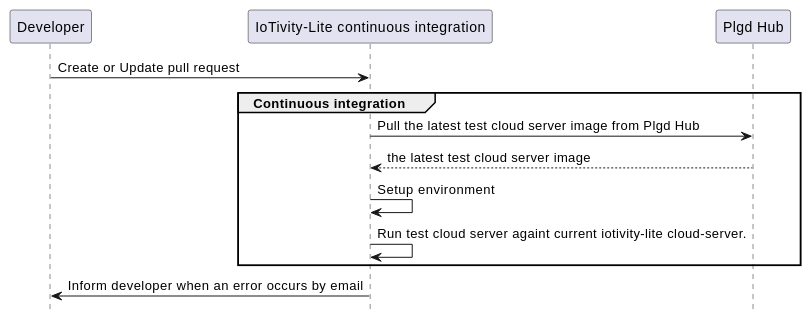
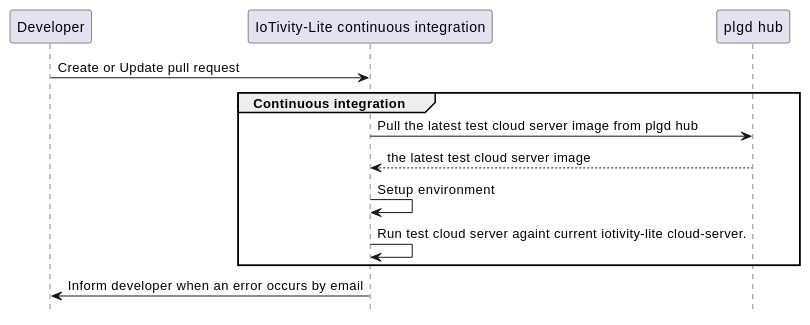
The second of 2 diagrams in content/en/developer-guide/testing.md (plgd-dev/doc), drawn with PlantUML before and after one commit. The commit also changed other lines of this file and 41 other files, not shown here.

Commit message:
rename cloud to hub, sdk to device, fix links (#27)

```diff
--- a/content/en/developer-guide/testing.md
+++ b/content/en/developer-guide/testing.md
@@ -44,19 +44,19 @@
 {{< plantuml id="testing-iotivity-lite" >}}
 @startuml
 skinparam backgroundColor transparent
 hide footbox
 
 participant D as "Developer"
 participant CI as "IoTivity-Lite continuous integration"
-participant PH as "Plgd Hub"
+participant PH as "plgd hub"
 
 D -> CI: Create or Update pull request
 group Continuous integration
-    CI -> PH: Pull the latest test cloud server image from Plgd Hub
+    CI -> PH: Pull the latest test cloud server image from plgd hub
     return the latest test cloud server image
     CI -> CI: Setup environment
     CI -> CI: Run test cloud server againt current iotivity-lite cloud-server.
 end
 CI -> D: Inform developer when an error occurs by email
 @enduml
 {{< /plantuml >}}
```
